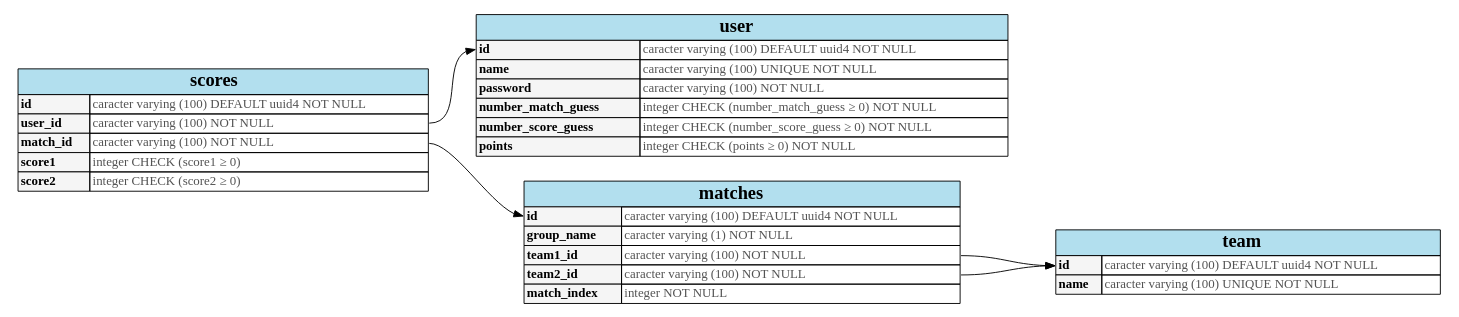
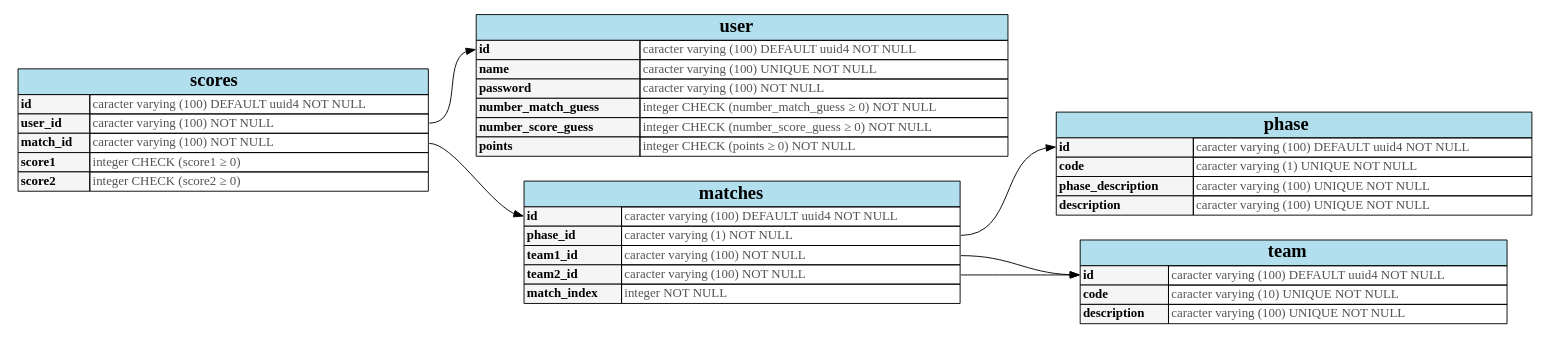
One commit to yak-toto/yak-server changed the diagram in doc/sql_graph.dot. Above: the diagram before and after it, drawn with Graphviz. The commit also changed 13 other files, not shown here.

```diff
--- a/doc/sql_graph.dot
+++ b/doc/sql_graph.dot
@@ -1,59 +1,75 @@
 digraph G {
     graph[rankdir="LR"];
 
     user[
     shape=none
     label=<
       <table border="0" cellspacing="0" cellborder="1">
         <tr><td bgcolor="lightblue2" colspan="2"><font face="Times-bold" point-size="20">user</font></td></tr>
         <tr><td bgcolor="grey96" align="left" port="id_left"><font face="Times-bold">id</font></td><td align="left"><font color="#535353">caracter varying (100) DEFAULT uuid4 NOT NULL</font></td></tr>
         <tr><td bgcolor="grey96" align="left"><font face="Times-bold">name</font></td><td align="left"><font color="#535353">caracter varying (100) UNIQUE NOT NULL</font></td></tr>
         <tr><td bgcolor="grey96" align="left"><font face="Times-bold">password</font></td><td align="left"><font color="#535353">caracter varying (100) NOT NULL</font></td></tr>
         <tr><td bgcolor="grey96" align="left"><font face="Times-bold">number_match_guess</font></td><td align="left"><font color="#535353">integer CHECK (number_match_guess &ge; 0) NOT NULL</font></td></tr>
         <tr><td bgcolor="grey96" align="left"><font face="Times-bold">number_score_guess</font></td><td align="left"><font color="#535353">integer CHECK (number_score_guess &ge; 0) NOT NULL</font></td></tr>
         <tr><td bgcolor="grey96" align="left"><font face="Times-bold">points</font></td><td align="left"><font color="#535353">integer CHECK (points &ge; 0) NOT NULL</font></td></tr>
       </table>
     >];
 
     matches[
     shape=none
     label=<
       <table border="0" cellspacing="0" cellborder="1">
         <tr><td bgcolor="lightblue2" colspan="2"><font face="Times-bold" point-size="20">matches</font></td></tr>
         <tr><td bgcolor="grey96" align="left" port="id"><font face="Times-bold">id</font></td><td align="left" port="id_right"><font color="#535353">caracter varying (100) DEFAULT uuid4 NOT NULL</font></td></tr>
-        <tr><td bgcolor="grey96" align="left" port="group_name"><font face="Times-bold">group_name</font></td><td align="left" port="id_right"><font color="#535353">caracter varying (1) NOT NULL</font></td></tr>
+        <tr><td bgcolor="grey96" align="left" port="phase_id"><font face="Times-bold">phase_id</font></td><td align="left" port="phase_id_right"><font color="#535353">caracter varying (1) NOT NULL</font></td></tr>
         <tr><td bgcolor="grey96" align="left" port="team1_id"><font face="Times-bold">team1_id</font></td><td align="left" port="team1_id_right"><font color="#535353">caracter varying (100) NOT NULL</font></td></tr>
         <tr><td bgcolor="grey96" align="left" port="team2_id"><font face="Times-bold">team2_id</font></td><td align="left" port="team2_id_right"><font color="#535353">caracter varying (100) NOT NULL</font></td></tr>
         <tr><td bgcolor="grey96" align="left" port="match_index"><font face="Times-bold">match_index</font></td><td align="left" port="match_index_right"><font color="#535353">integer NOT NULL</font></td></tr>
       </table>
     >];
 
     scores[
     shape=none
     label=<
       <table border="0" cellspacing="0" cellborder="1">
         <tr><td bgcolor="lightblue2" colspan="2"><font face="Times-bold" point-size="20">scores</font></td></tr>
         <tr><td bgcolor="grey96" align="left" port="id"><font face="Times-bold">id</font></td><td align="left" port="id_right"><font color="#535353">caracter varying (100) DEFAULT uuid4 NOT NULL</font></td></tr>
         <tr><td bgcolor="grey96" align="left" port="user_id"><font face="Times-bold">user_id</font></td><td align="left" port="user_id_right"><font color="#535353">caracter varying (100) NOT NULL</font></td></tr>
         <tr><td bgcolor="grey96" align="left" port="match_id"><font face="Times-bold">match_id</font></td><td align="left" port="match_id_right"><font color="#535353">caracter varying (100) NOT NULL</font></td></tr>
         <tr><td bgcolor="grey96" align="left" port="score1"><font face="Times-bold">score1</font></td><td align="left" port="score1_right"><font color="#535353">integer CHECK (score1 &ge; 0)</font></td></tr>
         <tr><td bgcolor="grey96" align="left" port="score2"><font face="Times-bold">score2</font></td><td align="left" port="score2_right"><font color="#535353">integer CHECK (score2 &ge; 0)</font></td></tr>
       </table>
     >];
 
     team[
       shape=none
       label=<
         <table border="0" cellspacing="0" cellborder="1">
           <tr><td bgcolor="lightblue2" colspan="2"><font face="Times-bold" point-size="20">team</font></td></tr>
           <tr><td bgcolor="grey96" align="left" port="id"><font face="Times-bold">id</font></td><td align="left" port="id_right"><font color="#535353">caracter varying (100) DEFAULT uuid4 NOT NULL</font></td></tr>
-          <tr><td bgcolor="grey96" align="left" port="team_id"><font face="Times-bold">name</font></td><td align="left" port="user_id_right"><font color="#535353">caracter varying (100) UNIQUE NOT NULL</font></td></tr>
+          <tr><td bgcolor="grey96" align="left" port="code_id"><font face="Times-bold">code</font></td><td align="left" port="user_id_right"><font color="#535353">caracter varying (10) UNIQUE NOT NULL</font></td></tr>
+          <tr><td bgcolor="grey96" align="left" port="description_id"><font face="Times-bold">description</font></td><td align="left" port="user_id_right"><font color="#535353">caracter varying (100) UNIQUE NOT NULL</font></td></tr>
+        </table>
+      >
+    ];
+
+    phase[
+      shape=none
+      label=<
+        <table border="0" cellspacing="0" cellborder="1">
+          <tr><td bgcolor="lightblue2" colspan="2"><font face="Times-bold" point-size="20">phase</font></td></tr>
+          <tr><td bgcolor="grey96" align="left" port="id"><font face="Times-bold">id</font></td><td align="left" port="id_right"><font color="#535353">caracter varying (100) DEFAULT uuid4 NOT NULL</font></td></tr>
+          <tr><td bgcolor="grey96" align="left" port="group_id"><font face="Times-bold">code</font></td><td align="left" port="group_id_right"><font color="#535353">caracter varying (1) UNIQUE NOT NULL</font></td></tr>
+          <tr><td bgcolor="grey96" align="left" port="group_id"><font face="Times-bold">phase_description</font></td><td align="left" port="group_id_right"><font color="#535353">caracter varying (100) UNIQUE NOT NULL</font></td></tr>
+          <tr><td bgcolor="grey96" align="left" port="group_id"><font face="Times-bold">description</font></td><td align="left" port="group_id_right"><font color="#535353">caracter varying (100) UNIQUE NOT NULL</font></td></tr>
         </table>
       >
     ];
 
     "scores":user_id_right -> "user":id_left
     "scores":match_id_right -> "matches":id
     "matches":team1_id_right -> "team":id
     "matches":team2_id_right -> "team":id
+
+    "matches":phase_id_right -> "phase":id
 }
```
